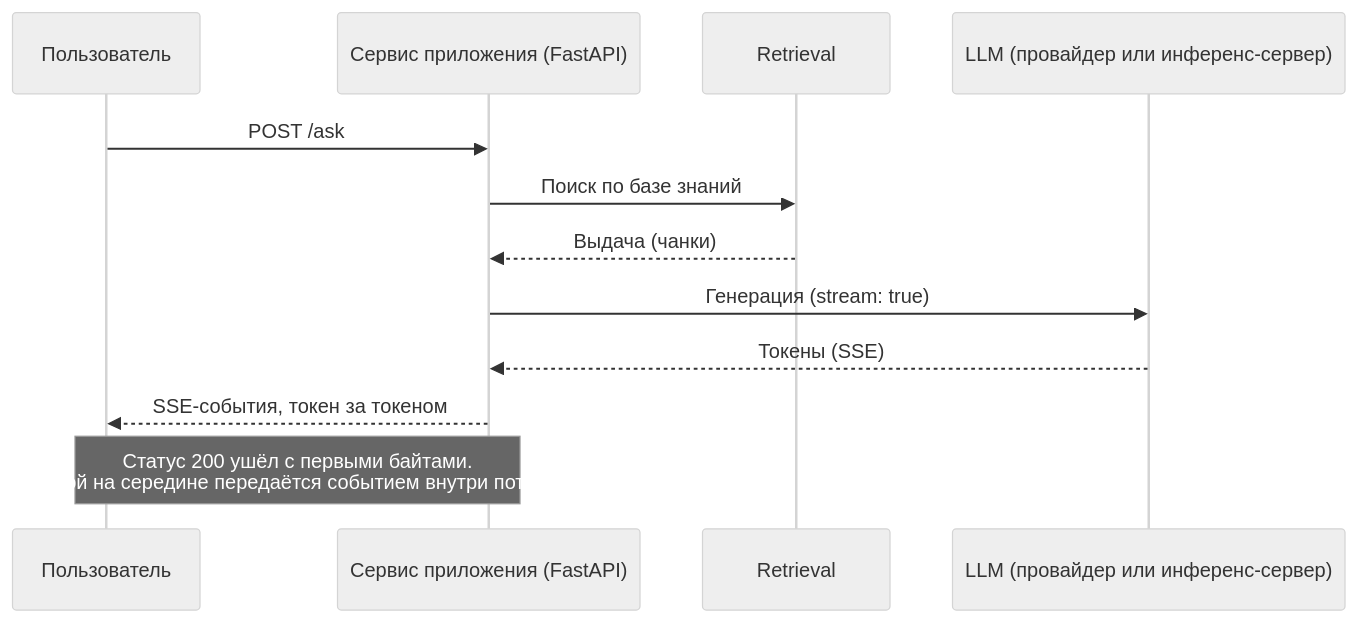
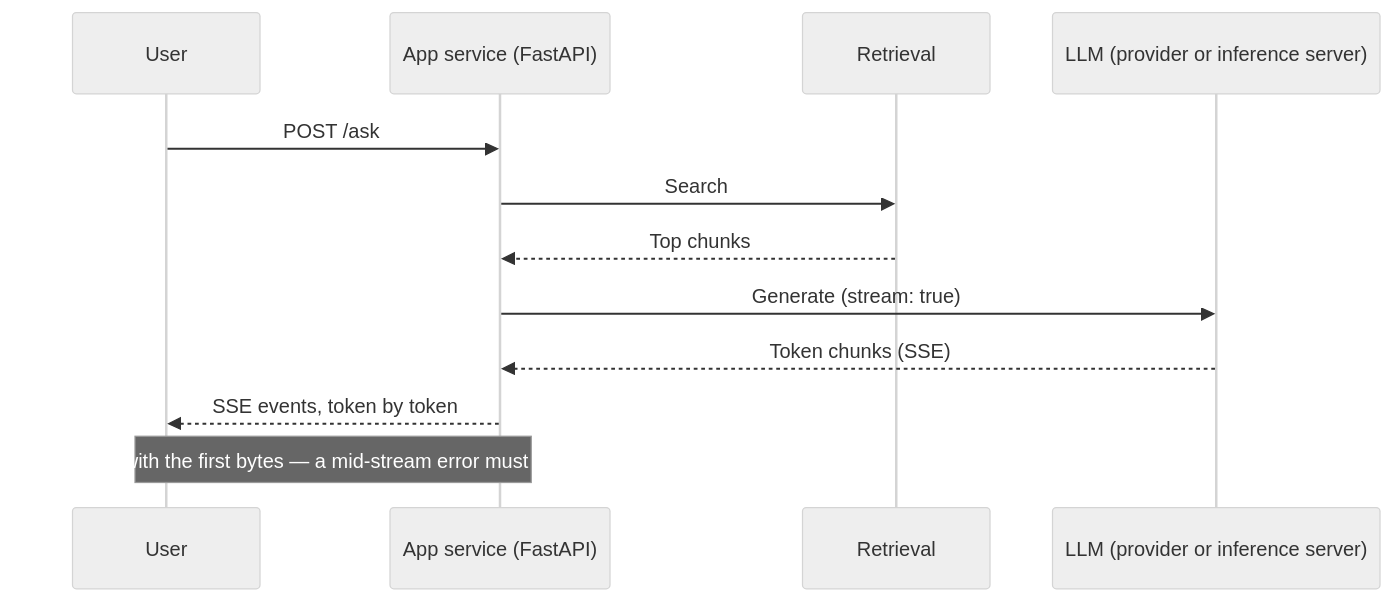
One commit to NikolaiSachok/enterprise-rag-agents-handbook changed the first of 2 diagrams in docs/part-3-production/serving.md. Above: the diagram before and after it, drawn with Mermaid (neutral theme). The commit also changed other lines of this file and 100 other files, not shown here.

````diff
--- a/docs/part-3-production/serving.md
+++ b/docs/part-3-production/serving.md
@@ -78,14 +74,14 @@
 ```mermaid
 sequenceDiagram
-    participant U as Пользователь
-    participant A as Сервис приложения (FastAPI)
+    participant U as User
+    participant S as App service (FastAPI)
     participant R as Retrieval
-    participant M as LLM (провайдер или инференс-сервер)
-    U->>A: POST /ask
-    A->>R: Поиск по базе знаний
-    R-->>A: Выдача (чанки)
-    A->>M: Генерация (stream: true)
-    M-->>A: Токены (SSE)
-    A-->>U: SSE-события, токен за токеном
-    Note over U,A: Статус 200 ушёл с первыми байтами.<br/>Сбой на середине передаётся событием внутри потока
+    participant M as LLM (provider or inference server)
+    U->>S: POST /ask
+    S->>R: Search
+    R-->>S: Top chunks
+    S->>M: Generate (stream: true)
+    M-->>S: Token chunks (SSE)
+    S-->>U: SSE events, token by token
+    Note over S,U: The 200 left with the first bytes — a mid-stream error must travel in-band
 ```
````
